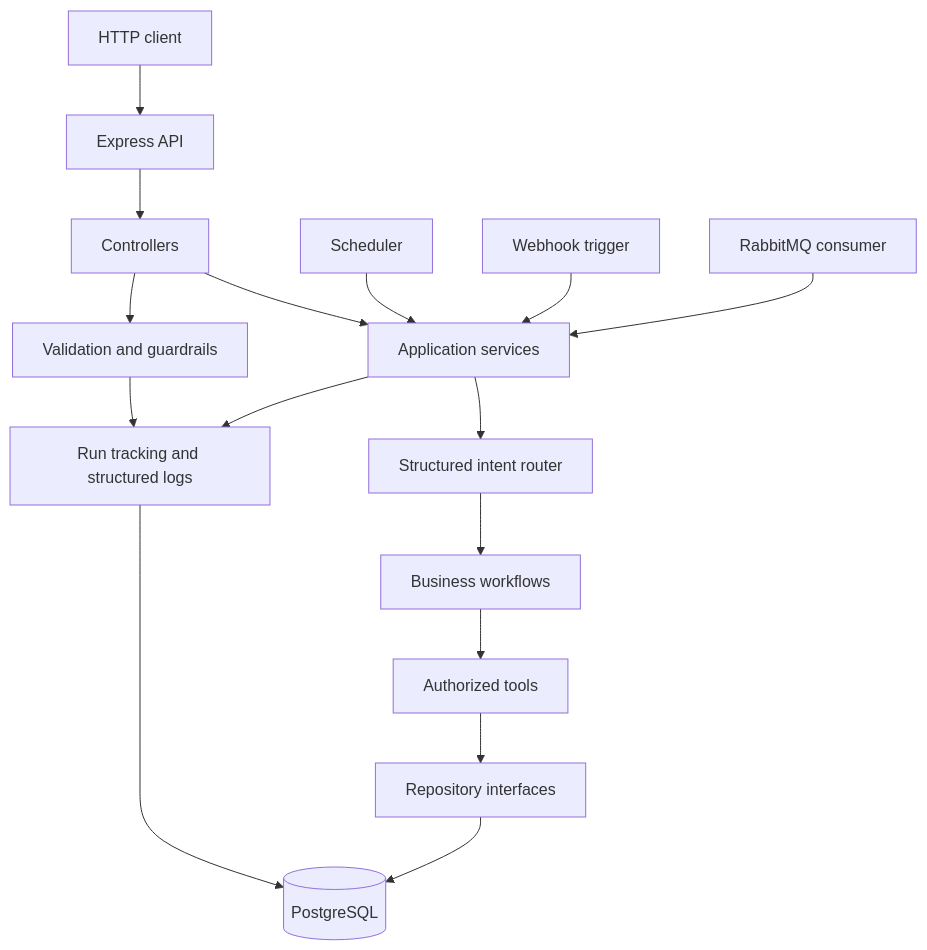
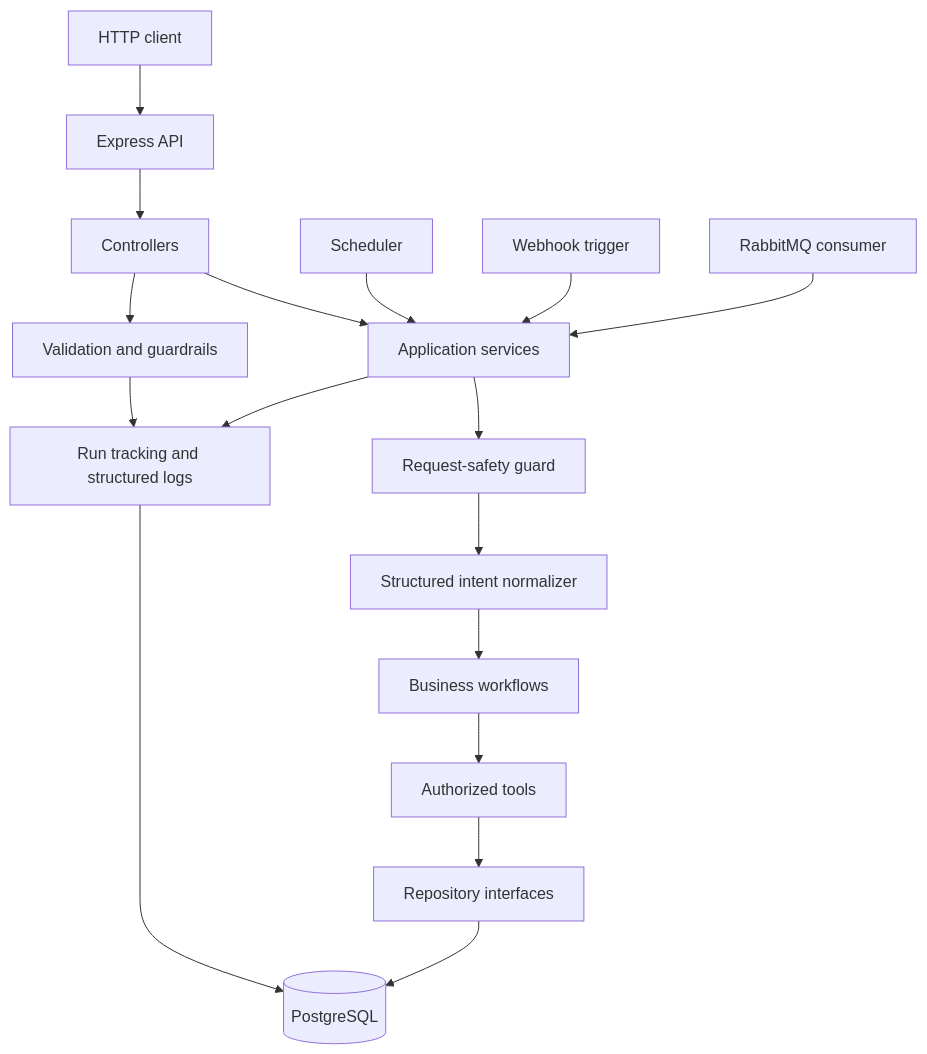
The first of 3 diagrams in README.md (ramioooz/hcm-agentic-llmops), drawn with Mermaid before and after one commit. The commit also changed other lines of this file and 22 other files, not shown here.

````diff
--- a/README.md
+++ b/README.md
@@ -47,21 +48,22 @@
 ```mermaid
 flowchart TD
 Client["HTTP client"] --> API["Express API"]
 API --> Controller["Controllers"]
 Controller --> Service["Application services"]
-Service --> Router["Structured intent router"]
+Service --> Guard["Request-safety guard"]
+Guard --> Router["Structured intent normalizer"]
 Router --> Workflows["Business workflows"]
 Workflows --> Tools["Authorized tools"]
 Tools --> Repositories["Repository interfaces"]
 Repositories --> PostgreSQL[("PostgreSQL")]
 
     Scheduler["Scheduler"] --> Service
     Webhook["Webhook trigger"] --> Service
     Events["RabbitMQ consumer"] --> Service
 
     Service --> Observability["Run tracking and structured logs"]
     Observability --> PostgreSQL
     Controller --> Security["Validation and guardrails"]
     Security --> Observability
 
 ```
````
